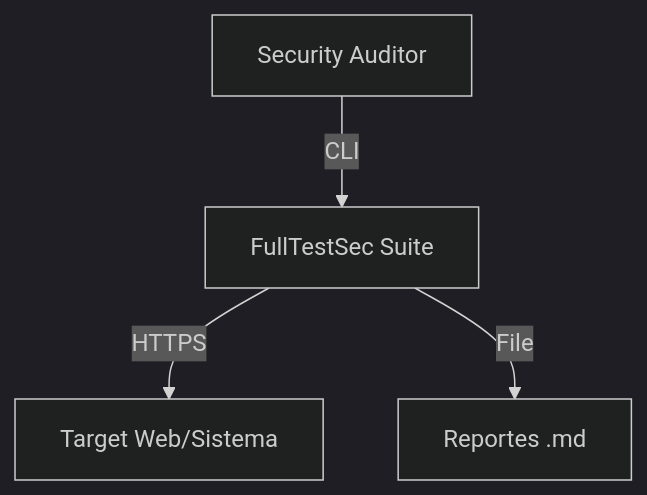
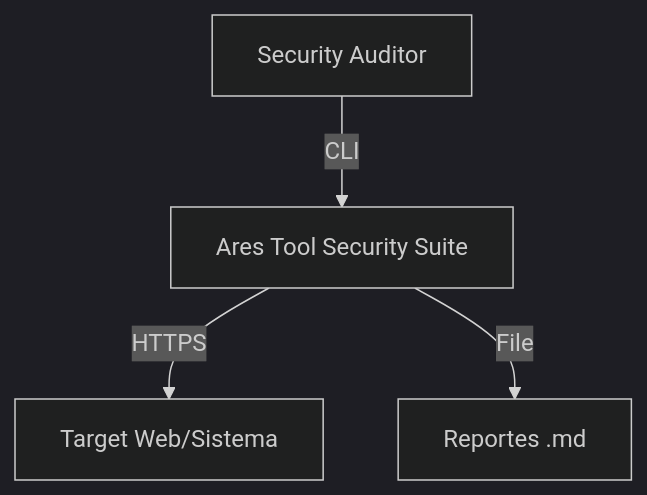
The first of 2 diagrams in docs/ARCHITECTURE.md (uramos89/ares-tool-security), drawn with Mermaid (dark theme) before and after one commit. The commit also changed other lines of this file and 10 other files, not shown here.

First line of the commit message:
feat: Renamed to Ares Tool Security + email signature with legal compliance

````diff
--- a/docs/ARCHITECTURE.md
+++ b/docs/ARCHITECTURE.md
@@ -4,6 +4,6 @@
 ```mermaid
 graph TD
-    User[Security Auditor] -->|CLI| FTS[FullTestSec Suite]
-    FTS -->|HTTPS| Target[Target Web/Sistema]
-    FTS -->|File| Reports[Reportes .md]
+    User[Security Auditor] -->|CLI| Ares[Ares Tool Security Suite]
+    Ares -->|HTTPS| Target[Target Web/Sistema]
+    Ares -->|File| Reports[Reportes .md]
 ```
````
